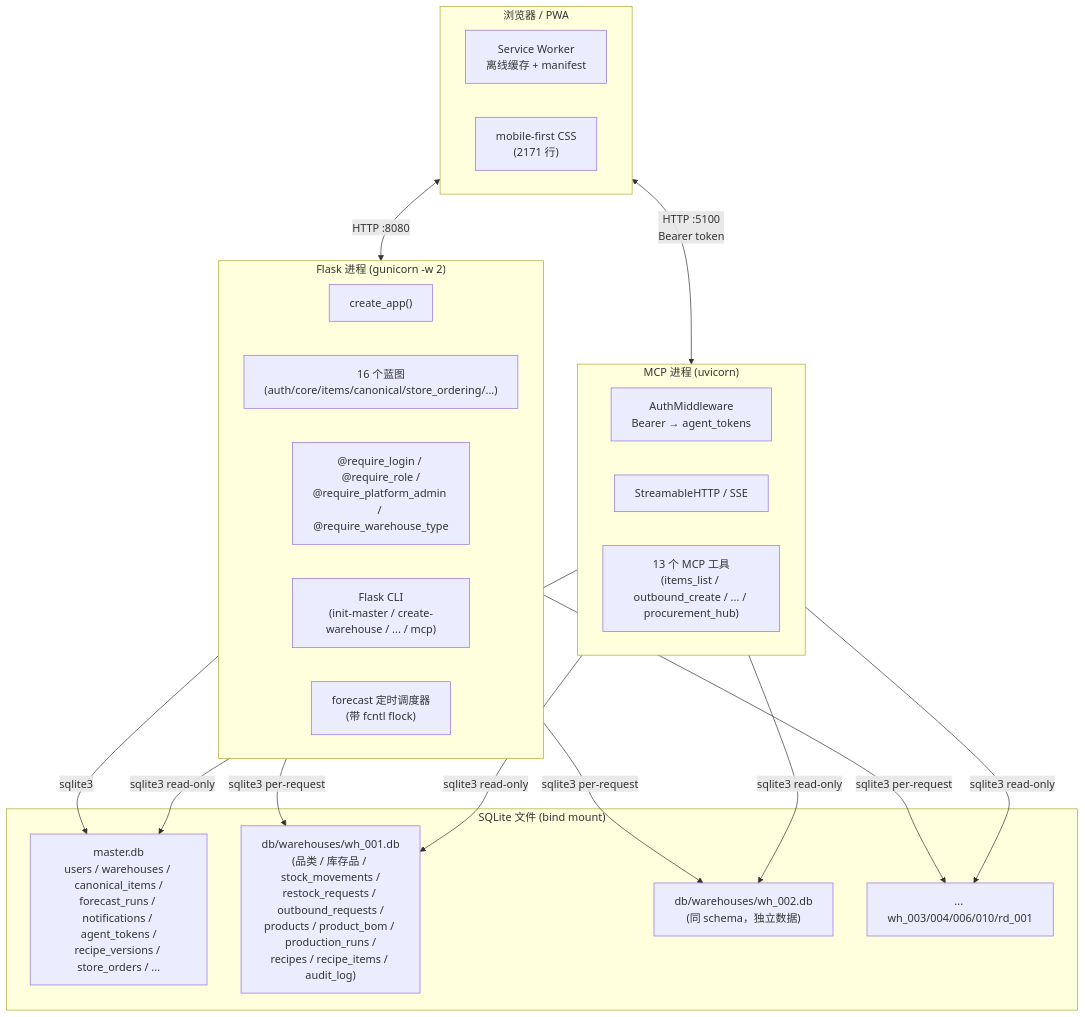
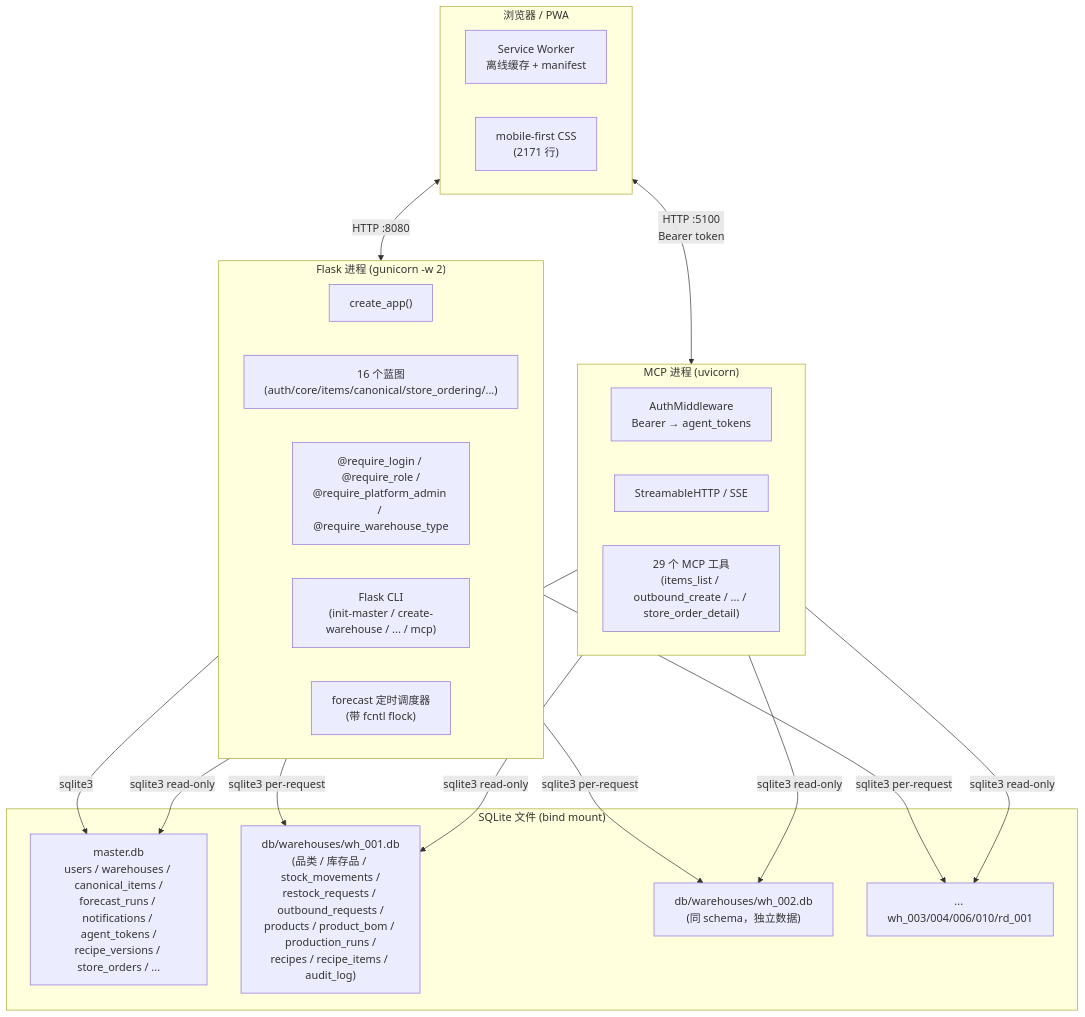
One commit to DUIDUI-Studio/DailyCheck changed the first of 18 diagrams in docs/ARCHITECTURE.md. Above: the diagram before and after it, drawn with Mermaid. The commit also changed other lines of this file and 12 other files, not shown here.

First line of the commit message:
feat(mcp): 新增门店订单只读工具 store_order_list 与 store_order_detail

````diff
--- a/docs/ARCHITECTURE.md
+++ b/docs/ARCHITECTURE.md
@@ -56,41 +56,41 @@
 ```mermaid
 flowchart TB
     subgraph Browser["浏览器 / PWA"]
         PWA["Service Worker<br/>离线缓存 + manifest"]
         MobileCSS["mobile-first CSS<br/>(2171 行)"]
     end
 
     subgraph FlaskProc["Flask 进程 (gunicorn -w 2)"]
         AppFactory["create_app()"]
         BP["16 个蓝图<br/>(auth/core/items/canonical/store_ordering/...)"]
         Perm["@require_login / @require_role /<br/>@require_platform_admin / @require_warehouse_type"]
         CLI["Flask CLI<br/>(init-master / create-warehouse / ... / mcp)"]
         Schedule["forecast 定时调度器<br/>(带 fcntl flock)"]
     end
 
     subgraph MCPProc["MCP 进程 (uvicorn)"]
         AuthMW["AuthMiddleware<br/>Bearer → agent_tokens"]
         Streamable["StreamableHTTP / SSE"]
-        Tools["13 个 MCP 工具<br/>(items_list / outbound_create / ... / procurement_hub)"]
+        Tools["29 个 MCP 工具<br/>(items_list / outbound_create / ... / store_order_detail)"]
     end
 
     subgraph Storage["SQLite 文件 (bind mount)"]
         Master["master.db<br/>users / warehouses / canonical_items /<br/>forecast_runs / notifications / agent_tokens /<br/>recipe_versions / store_orders / ..."]
         WH1["db/warehouses/wh_001.db<br/>(品类 / 库存品 / stock_movements /<br/>restock_requests / outbound_requests /<br/>products / product_bom / production_runs /<br/>recipes / recipe_items / audit_log)"]
         WH2["db/warehouses/wh_002.db<br/>(同 schema，独立数据)"]
         WHN["... wh_003/004/006/010/rd_001"]
     end
 
     Browser <-->|HTTP :8080| FlaskProc
     Browser <-->|HTTP :5100<br/>Bearer token| MCPProc
 
     FlaskProc -->|sqlite3| Master
     FlaskProc -->|sqlite3 per-request| WH1
     FlaskProc -->|sqlite3 per-request| WH2
     FlaskProc -->|sqlite3 per-request| WHN
 
     MCPProc -->|sqlite3 read-only| Master
     MCPProc -->|sqlite3 read-only| WH1
     MCPProc -->|sqlite3 read-only| WH2
     MCPProc -->|sqlite3 read-only| WHN
 ```
````
